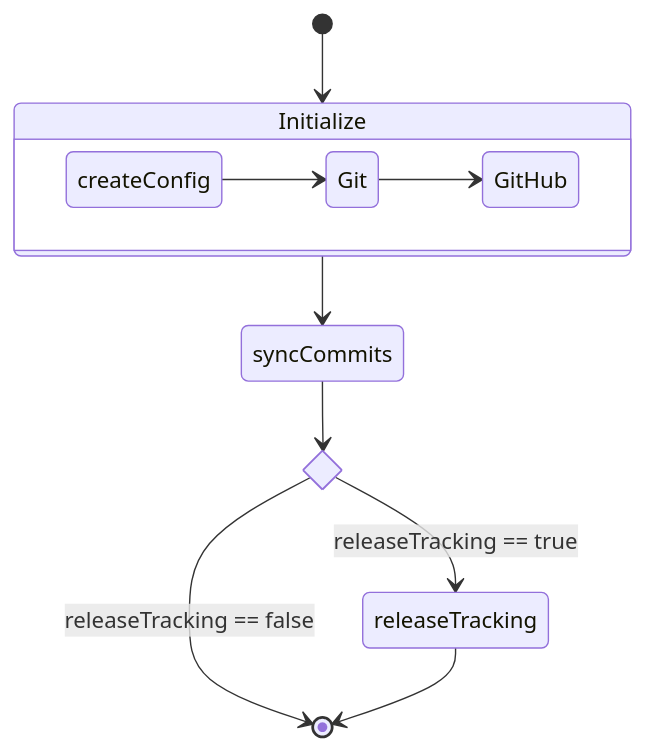
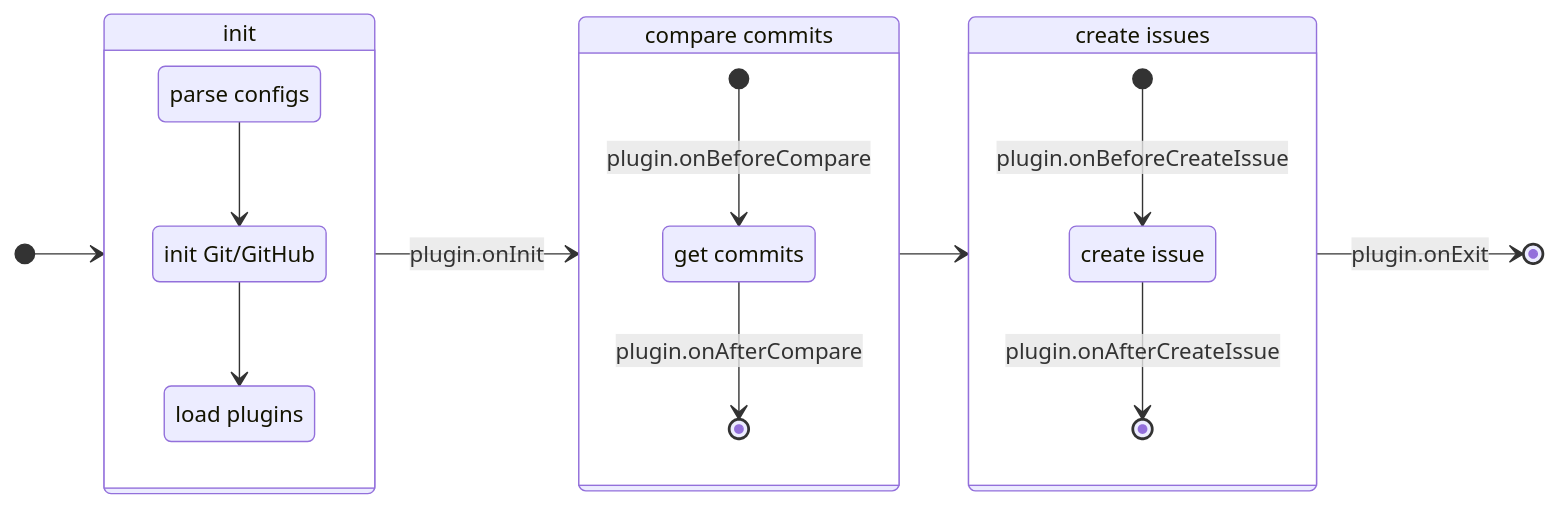
The diagram in CONTRIBUTING.md (Gumball12/yuki-no), drawn with Mermaid before and after one commit. The commit also changed other lines of this file and 8 other files, not shown here.

````diff
--- a/CONTRIBUTING.md
+++ b/CONTRIBUTING.md
@@ -134,27 +124,35 @@
 ```mermaid
 stateDiagram-v2
-  state "syncCommits" as sc
-  state "releaseTracking" as rt
+  direction LR
 
-  state Initialize {
-    direction LR
+  state "parse configs" as pc
+  state "init Git/GitHub" as initGg
+  state "load plugins" as lp
 
-    state "createConfig" as cf
-    state "Git" as g
-    state "GitHub" as gh
+  state "compare commits" as cc
+  state "create issues" as cis
 
-    cf --> g
-    g --> gh
+  [*] --> init
+  init --> cc : plugin.onInit
+  cc --> cis
+  cis --> [*] : plugin.onExit
+
+  state init {
+    pc --> initGg
+    initGg --> lp
   }
 
-  state if_rt <<choice>>
+  state cc {
+    state "get commits" as gc
 
-  [*] --> Initialize
-  Initialize --> sc
+    [*] --> gc : plugin.onBeforeCompare
+    gc --> [*] : plugin.onAfterCompare
+  }
 
-  sc --> if_rt
-  if_rt --> [*]: releaseTracking == false
-  if_rt --> rt: releaseTracking == true
+  state cis {
+    state "create issue" as ci
 
-  rt --> [*]
+    [*] --> ci : plugin.onBeforeCreateIssue
+    ci --> [*] : plugin.onAfterCreateIssue
+  }
 ```
````
